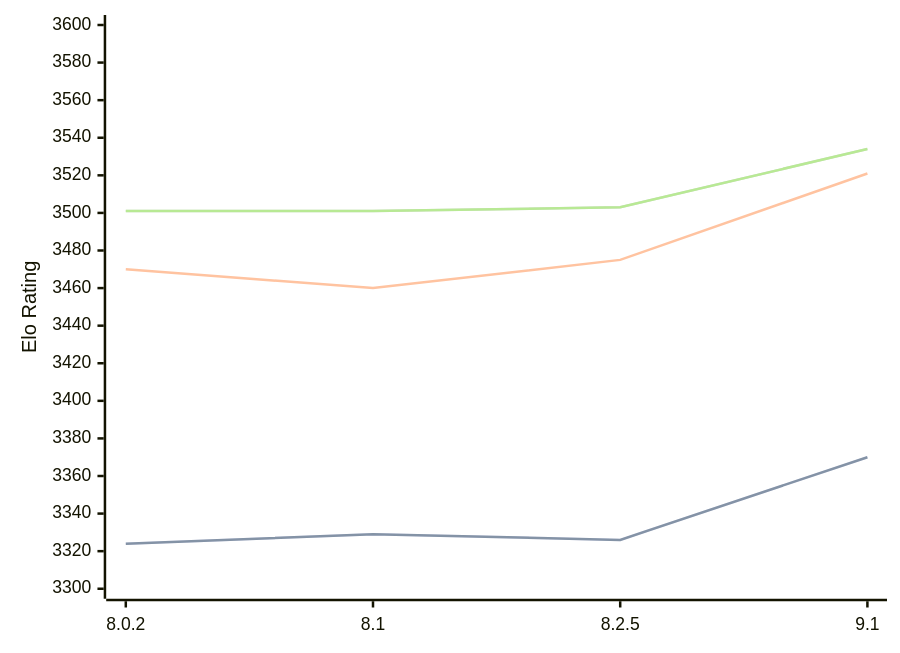
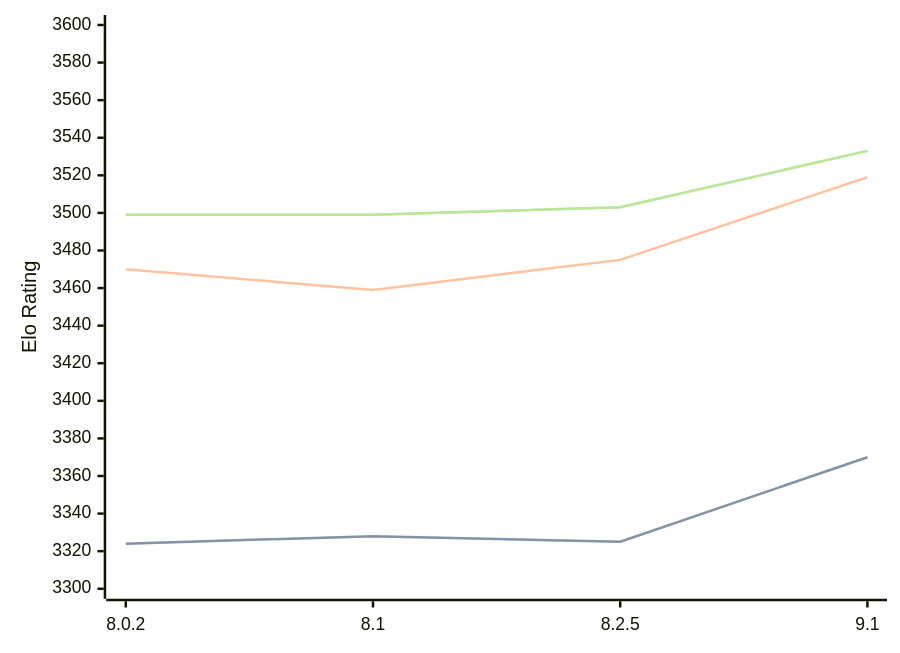
The third of 3 diagrams in engines/Clover.md (computer-chess-index/cci), drawn with Mermaid before and after one commit. The commit also changed other lines of this file, not shown here.

Commit message:
Update CCI Ratings (ELO VLTC) - 2026-06-27

````diff
--- a/engines/Clover.md
+++ b/engines/Clover.md
@@ -97,11 +97,11 @@
 ```mermaid
 %%{init: {"theme":"base","themeVariables":{"seriesColors:['#a3a3a3','#222221','#faa371']}}}%%
 xychart-beta
   x-axis ["8.0.2", "8.1", "8.2.5", "9.1"]
   y-axis "Elo Rating" 3300 --> 3600
-  line "STC (8.0+0.08s)" [3324, 3329, 3326, 3370]
-  line "STC (8.0+0.08s)" [3324, 3329, 3326, 3370]
-  line "LTC (60.0+0.60s)" [3470, 3460, 3475, 3521]
-  line "VLTC (2m24s+1.12s)" [3501, 3501, 3503, 3534]
-  line "VLTC (2m24s+1.12s)" [3501, 3501, 3503, 3534]
+  line "STC (8.0+0.08s)" [3324, 3328, 3325, 3370]
+  line "STC (8.0+0.08s)" [3324, 3328, 3325, 3370]
+  line "LTC (60.0+0.60s)" [3470, 3459, 3475, 3519]
+  line "VLTC (2m24s+1.12s)" [3499, 3499, 3503, 3533]
+  line "VLTC (2m24s+1.12s)" [3499, 3499, 3503, 3533]
 ```
````
